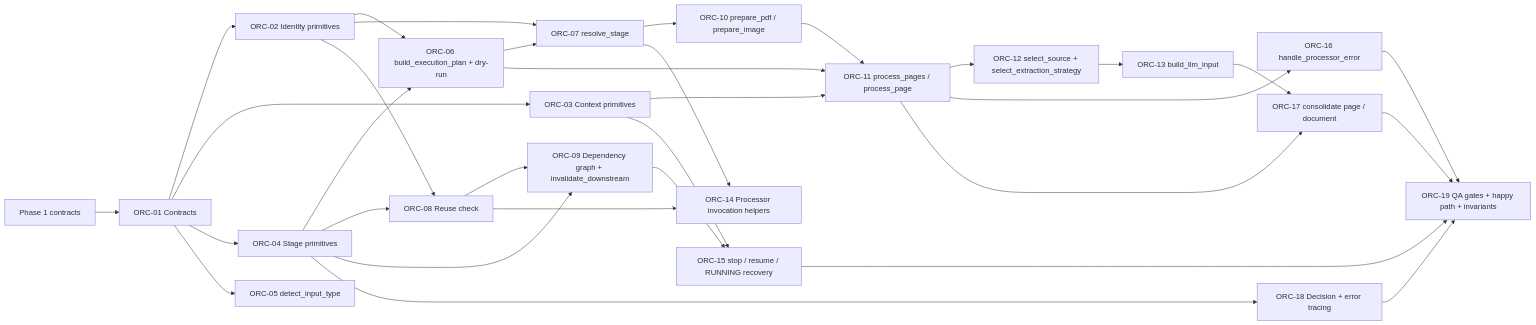
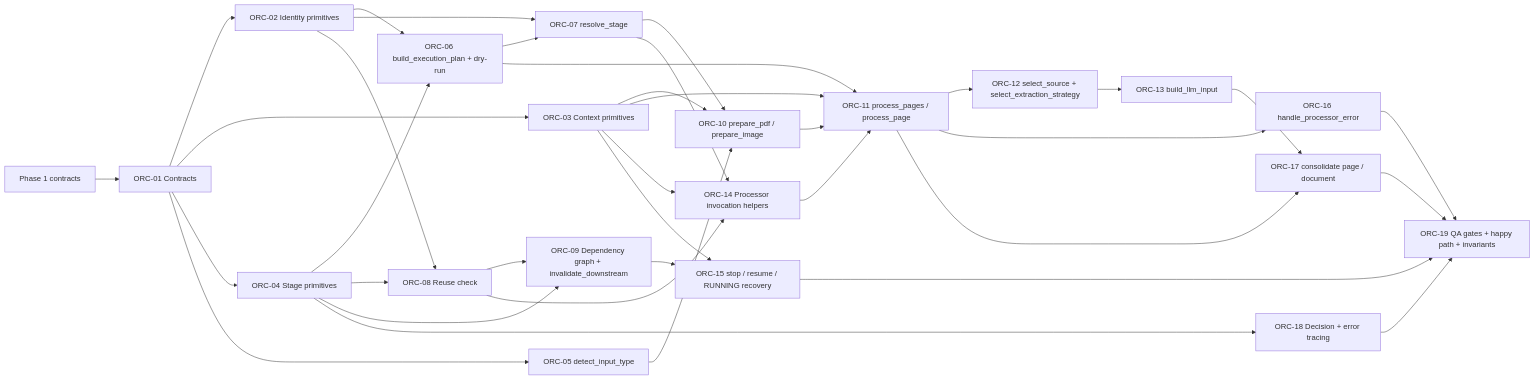
Before and after one commit to mariogarcia-ar/docflow: the diagram in docs/plan/issues/wbs-orquestador.md, drawn with Mermaid. The commit also changed other lines of this file and 11 other files, not shown here.

First line of the commit message:
Refactor WBS for image, LLM call, OCR, and PDF processors

````diff
--- a/docs/plan/issues/wbs-orquestador.md
+++ b/docs/plan/issues/wbs-orquestador.md
@@ -365,34 +365,38 @@
 ```mermaid
 flowchart LR
     P1["Phase 1 contracts"] --> ORC01["ORC-01 Contracts"]
     ORC01 --> ORC02["ORC-02 Identity primitives"]
     ORC01 --> ORC03["ORC-03 Context primitives"]
     ORC01 --> ORC04["ORC-04 Stage primitives"]
     ORC01 --> ORC05["ORC-05 detect_input_type"]
     ORC02 --> ORC06["ORC-06 build_execution_plan + dry-run"]
     ORC04 --> ORC06
     ORC02 --> ORC07["ORC-07 resolve_stage"]
     ORC06 --> ORC07
     ORC02 --> ORC08["ORC-08 Reuse check"]
     ORC04 --> ORC08
     ORC04 --> ORC09["ORC-09 Dependency graph + invalidate_downstream"]
     ORC08 --> ORC09
-    ORC07 --> ORC10["ORC-10 prepare_pdf / prepare_image"]
+    ORC03 --> ORC10["ORC-10 prepare_pdf / prepare_image"]
+    ORC05 --> ORC10
+    ORC07 --> ORC10
     ORC03 --> ORC11["ORC-11 process_pages / process_page"]
     ORC06 --> ORC11
     ORC10 --> ORC11
+    ORC14 --> ORC11
     ORC11 --> ORC12["ORC-12 select_source + select_extraction_strategy"]
     ORC12 --> ORC13["ORC-13 build_llm_input"]
-    ORC07 --> ORC14["ORC-14 Processor invocation helpers"]
+    ORC03 --> ORC14["ORC-14 Processor invocation helpers"]
+    ORC07 --> ORC14
     ORC08 --> ORC14
     ORC03 --> ORC15["ORC-15 stop / resume / RUNNING recovery"]
     ORC09 --> ORC15
     ORC11 --> ORC16["ORC-16 handle_processor_error"]
     ORC11 --> ORC17["ORC-17 consolidate page / document"]
     ORC13 --> ORC17
     ORC04 --> ORC18["ORC-18 Decision + error tracing"]
     ORC15 --> ORC19["ORC-19 QA gates + happy path + invariants"]
     ORC16 --> ORC19
     ORC17 --> ORC19
     ORC18 --> ORC19
 ```
````
